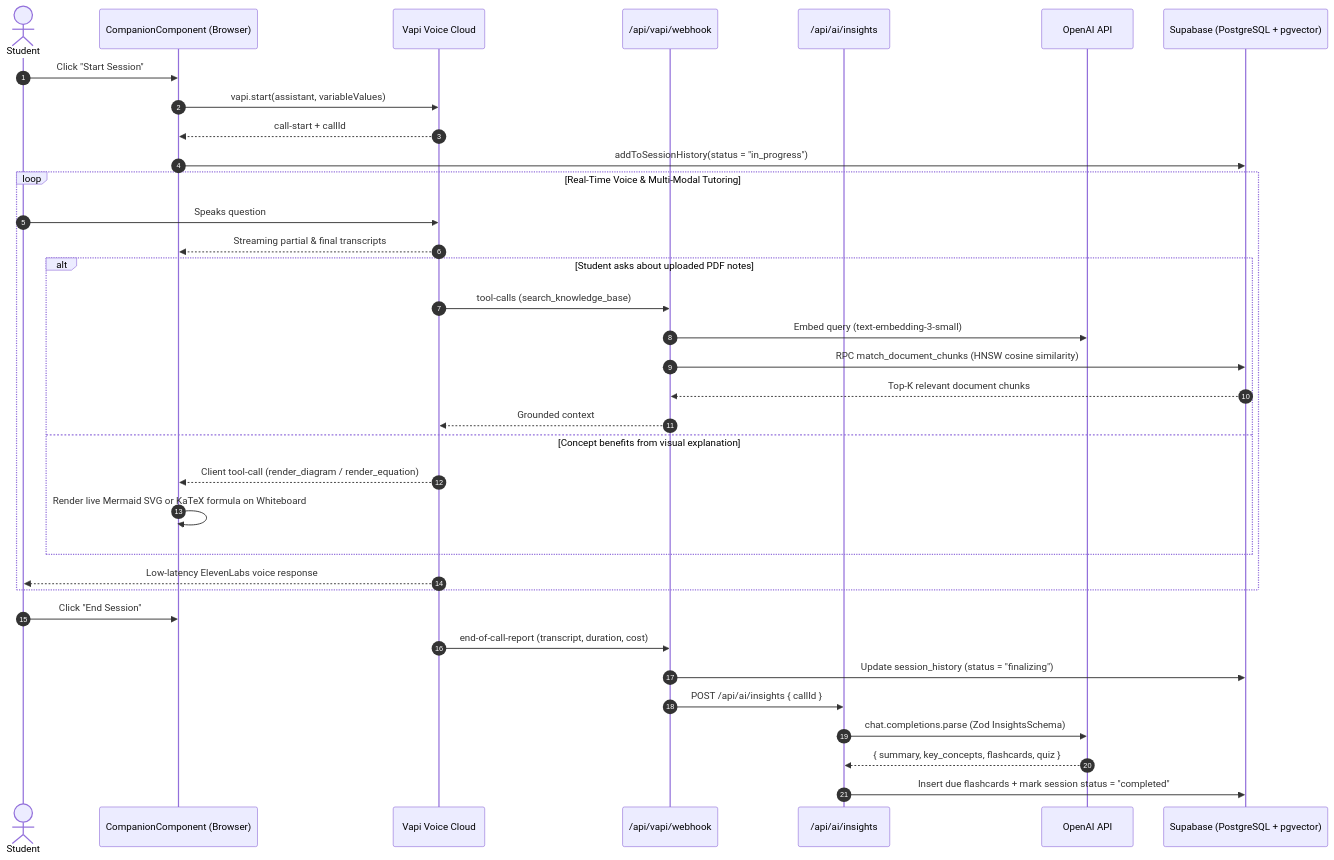
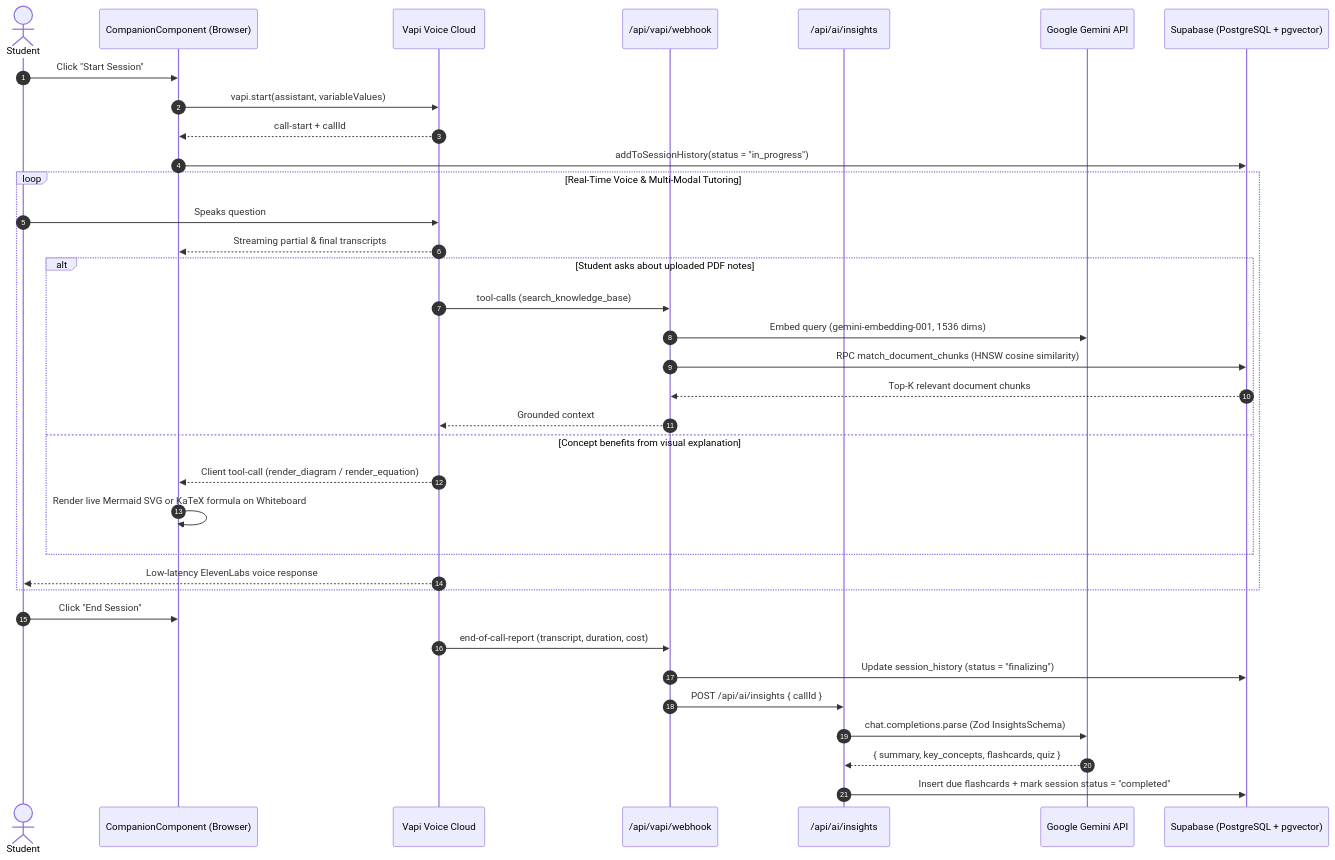
One commit to ishan1603/NeuraNest changed the second of 4 diagrams in README.md. Above: the diagram before and after it, drawn with Mermaid. The commit also changed other lines of this file and 5 other files, not shown here.

Commit message:
feat(ai): use Google Gemini for post-session insights and RAG embeddings

````diff
--- a/README.md
+++ b/README.md
@@ -109,40 +109,40 @@
 ```mermaid
 sequenceDiagram
   autonumber
   actor Student
   participant Browser as CompanionComponent (Browser)
   participant Vapi as Vapi Voice Cloud
   participant Webhook as /api/vapi/webhook
   participant Insights as /api/ai/insights
-  participant OpenAI as OpenAI API
+  participant Gemini as Google Gemini API
   participant DB as Supabase (PostgreSQL + pgvector)
 
   Student->>Browser: Click "Start Session"
   Browser->>Vapi: vapi.start(assistant, variableValues)
   Vapi-->>Browser: call-start + callId
   Browser->>DB: addToSessionHistory(status = "in_progress")
 
   loop Real-Time Voice & Multi-Modal Tutoring
     Student->>Vapi: Speaks question
     Vapi-->>Browser: Streaming partial & final transcripts
     alt Student asks about uploaded PDF notes
       Vapi->>Webhook: tool-calls (search_knowledge_base)
-      Webhook->>OpenAI: Embed query (text-embedding-3-small)
+      Webhook->>Gemini: Embed query (gemini-embedding-001, 1536 dims)
       Webhook->>DB: RPC match_document_chunks (HNSW cosine similarity)
       DB-->>Webhook: Top-K relevant document chunks
       Webhook-->>Vapi: Grounded context
     else Concept benefits from visual explanation
       Vapi-->>Browser: Client tool-call (render_diagram / render_equation)
       Browser->>Browser: Render live Mermaid SVG or KaTeX formula on Whiteboard
     end
     Vapi-->>Student: Low-latency ElevenLabs voice response
   end
 
   Student->>Browser: Click "End Session"
   Vapi->>Webhook: end-of-call-report (transcript, duration, cost)
   Webhook->>DB: Update session_history (status = "finalizing")
   Webhook->>Insights: POST /api/ai/insights { callId }
-  Insights->>OpenAI: chat.completions.parse (Zod InsightsSchema)
-  OpenAI-->>Insights: { summary, key_concepts, flashcards, quiz }
+  Insights->>Gemini: chat.completions.parse (Zod InsightsSchema)
+  Gemini-->>Insights: { summary, key_concepts, flashcards, quiz }
   Insights->>DB: Insert due flashcards + mark session status = "completed"
 ```
````
